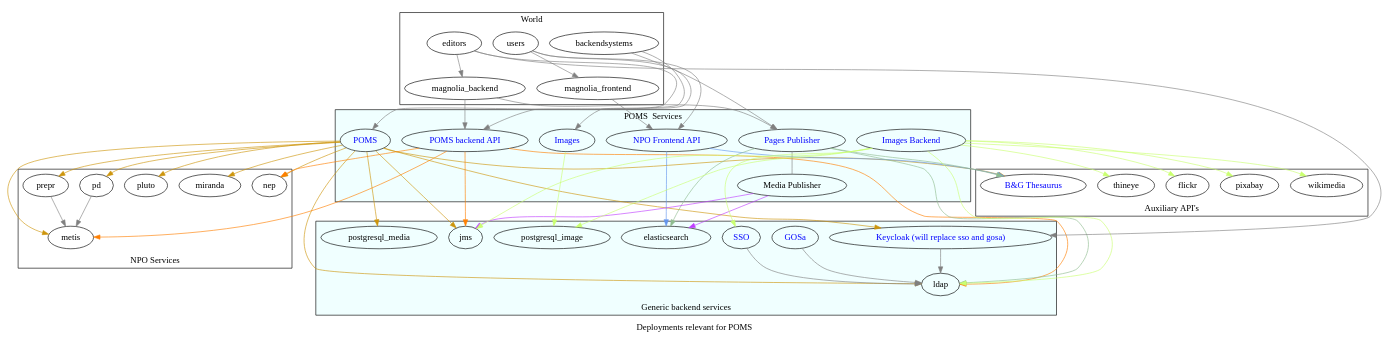
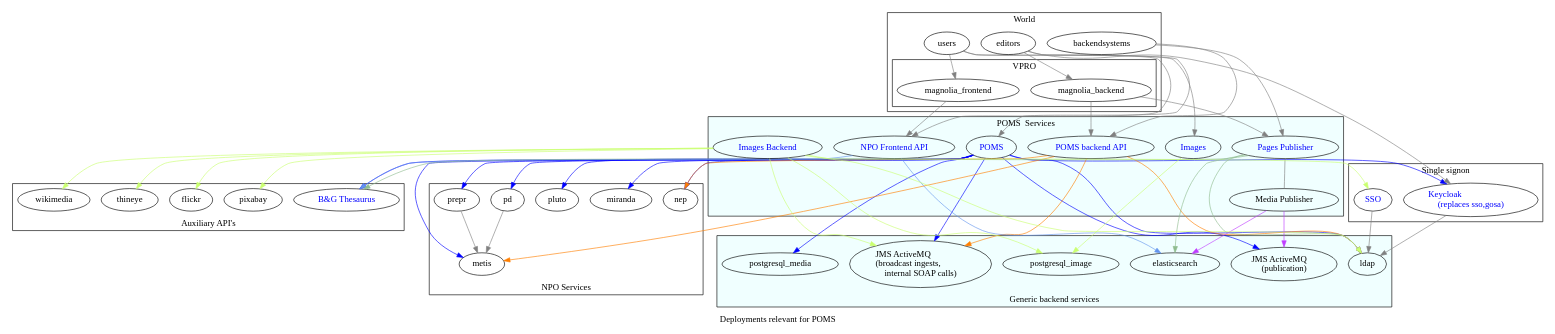
The diagram in poms-deployment.dot (npo-poms/poms-parent), drawn with Graphviz before and after one commit. The commit also changed 2 other files, not shown here.

Commit message:
updated deployment graph for new situation at 5.11

```diff
--- a/poms-deployment.dot
+++ b/poms-deployment.dot
@@ -1,166 +1,173 @@
 digraph poms_universe {
 
-label="Deployments relevant for POMS"
-edge [
-      color=gray
-      ]
+    label="Deployments relevant for POMS"
+    edge [
+    color=gray
+    ]
 
-poms [ label="POMS" href="https://poms.omroep.nl/" fontcolor=blue ]
-poms_backend [ label="POMS backend API" href="https://api.poms.omroep.nl/" fontcolor=blue ]
-api [ label = "NPO Frontend API" href="https://rs.poms.omroep.nl/" fontcolor=blue ]
-pages_publish [ label = "Pages Publisher"     href="https://publish.pages.omroep.nl/" fontcolor=blue ]
-media_publish [ label = "Media Publisher" ]
-images_frontend [ label = "Images" href="https://images.poms.omroep.nl" fontcolor=blue]
-images_backend [ label = "Images Backend" href="https://poms.omroep.nl/images/" fontcolor=blue ]
-gtaa [ label ="B&G Thesaurus"  href="http://gtaa.beeldengeluid.nl/" fontcolor=blue]
-thineye
+    poms [ label="POMS" href="https://poms.omroep.nl/" fontcolor=blue ]
+    poms_backend [ label="POMS backend API" href="https://api.poms.omroep.nl/" fontcolor=blue ]
+    api [ label = "NPO Frontend API" href="https://rs.poms.omroep.nl/" fontcolor=blue ]
+    pages_publish [ label = "Pages Publisher"     href="https://publish.pages.omroep.nl/" fontcolor=blue ]
+    media_publish [ label = "Media Publisher" ]
+    images_frontend [ label = "Images" href="https://images.poms.omroep.nl" fontcolor=blue]
+    images_backend [ label = "Images Backend" href="https://poms.omroep.nl/images/" fontcolor=blue ]
+    gtaa [ label ="B&G Thesaurus"  href="http://gtaa.beeldengeluid.nl/" fontcolor=blue]
+    thineye
 
-subgraph cluster_0  {
-  label="Generic backend services"
-  labelloc=b
-  bgcolor=azure
-  postgresql_media
-  postgresql_image
-  elasticsearch
-  sso [ label="SSO" href="https://sso.omroep.nl" fontcolor=blue]
-  jms
-  ldap
-  keycloak [ label = "Keycloak (will replace sso and gosa)" href="https://ident-test.poms.omroep.nl/auth/" fontcolor=blue]
-  gosa [ label="GOSa" href="https://admin.sso.omroep.nl/" fontcolor=blue]
+    subgraph cluster_0  {
+      label="Generic backend services"
+      labelloc=b
+      bgcolor=azure
+      postgresql_media
+      postgresql_image
+      elasticsearch
+      jms_ingest [ label = "JMS ActiveMQ\l(broadcast ingests,\linternal SOAP calls)" ]
+      jms_publish [ label = "JMS ActiveMQ\l(publication)" ]
+      ldap
+      // gosa [ label="GOSa" href="https://admin.sso.omroep.nl/" fontcolor=blue
+
+    }
+   subgraph cluster_1  {
+    label="Single signon"
+    sso [ label="SSO" href="https://sso.omroep.nl" fontcolor=blue]
+    keycloak [ label = "Keycloak\l(replaces sso,gosa)" href="https://ident-test.poms.omroep.nl/auth/" fontcolor=blue]
 }
 
-subgraph cluster_1  {
+
+subgraph cluster_3  {
+  label="World"
+  users
+  backendsystems
+  editors
+subgraph cluster_2  {
   label="VPRO"
   magnolia_frontend
   magnolia_backend
 }
 
-subgraph cluster_1  {
-  label="World"
-  users
-  backendsystems
-  editors
 }
-subgraph cluster_3  {
+subgraph cluster_4  {
   label="POMS  Services"
   bgcolor=azure
   poms
   poms_backend
   pages_publish
   media_publish
   api
   images_frontend
   images_backend
 }
 
-subgraph cluster_4  {
+subgraph cluster_5  {
   label="NPO Services"
   labelloc=b
   metis
   pd
   prepr
   miranda
   pluto
   nep
 }
 
-subgraph cluster_5 {
+subgraph cluster_6 {
   label="Auxiliary API's"
   labelloc=b
   gtaa
   thineye
   wikimedia
   pixabay
   flickr
 }
 
 editors -> {
   magnolia_backend
   poms
   keycloak
 }
 
 users -> {
   magnolia_frontend
   api
   images_frontend
 }
 
 backendsystems -> {
   poms_backend
   pages_publish
 }
 
 poms -> {
   postgresql_media
-  jms
+  jms_publish
+  jms_ingest
   keycloak
   ldap
   miranda
   prepr
   pd
   metis
   pluto
   nep
   gtaa
-}[color=darkgoldenrod3]
+}[color=blue]
 
 poms_backend -> {
-  jms
+  jms_ingest
   ldap
   metis
   ldap
   nep
 }[color=darkorange1]
 
 api -> {
   elasticsearch
   gtaa
 }[color=cornflowerblue]
 
 pages_publish-> {
   elasticsearch
   ldap
   gtaa
 }[color=darkseagreen]
 
 media_publish -> {
   elasticsearch
-  jms
+  jms_publish
 }[color=darkorchid1]
 pages_publish -> media_publish[dir=none]
 
 images_frontend -> {
   postgresql_image
 }[color=darkolivegreen1]
 images_backend -> {
   postgresql_image
-  jms
+  jms_ingest
   sso
   ldap
   thineye
   wikimedia
   pixabay
   flickr
 }[color=darkolivegreen1]
 
 magnolia_backend -> {
   poms_backend
   pages_publish
 }
 
 magnolia_frontend -> {
   api
 }
 
 sso -> ldap
 
 prepr -> metis
 pd -> metis
 
-gosa -> ldap
+//gosa -> ldap
 
 keycloak -> ldap
 
 
 }
```
